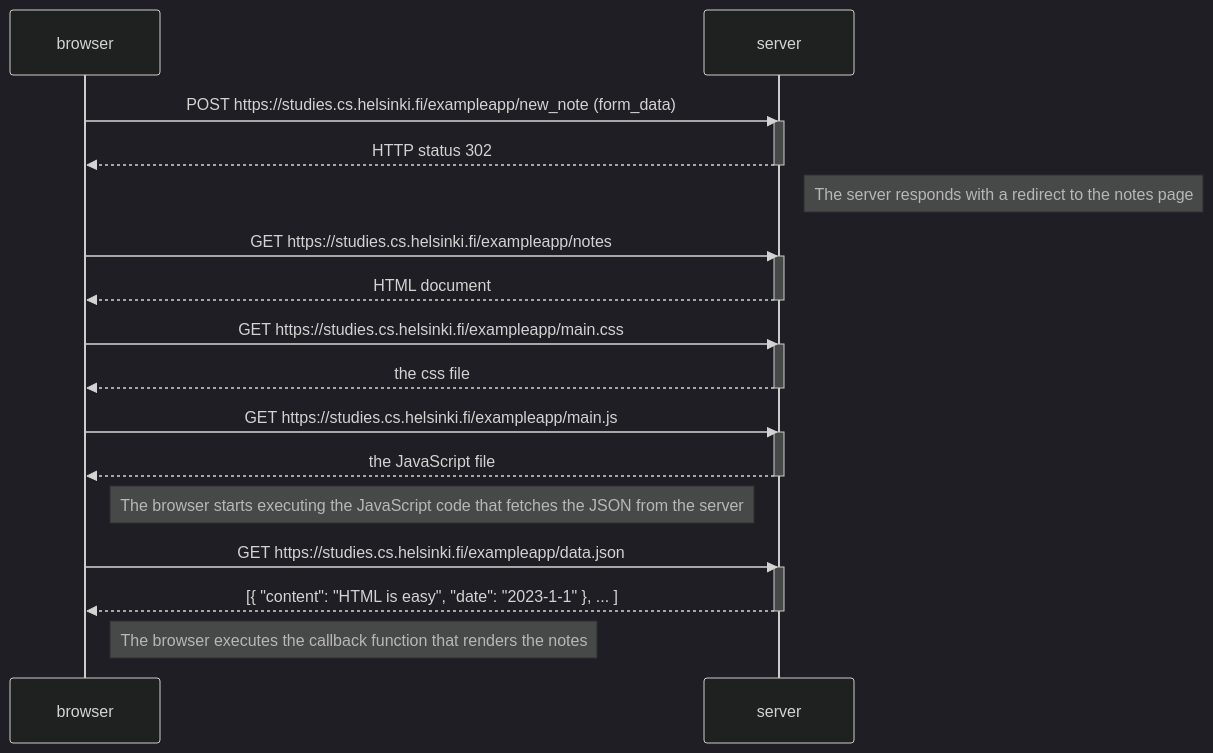
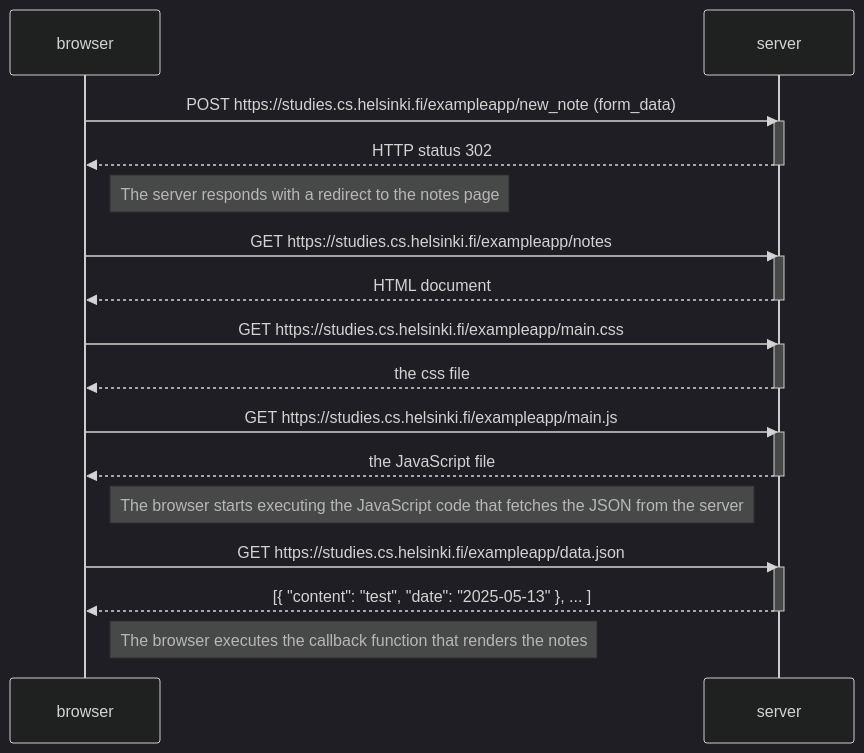
Before and after one commit to bechhray/fullstackopen-course: the diagram in part0/exercise_04.md, drawn with Mermaid (dark theme).

Commit message:
Fix the notes on exercise 0.4

````diff
--- a/part0/exercise_04.md
+++ b/part0/exercise_04.md
@@ -3,36 +3,36 @@
 ```mermaid
 sequenceDiagram
     participant browser
     participant server
 
     browser->>server: POST https://studies.cs.helsinki.fi/exampleapp/new_note (form_data)
     activate server
     server-->>browser: HTTP status 302 
     deactivate server
 
-    Note right of server: The server responds with a redirect to the notes page
+    Note right of browser: The server responds with a redirect to the notes page
 
     browser->>server: GET https://studies.cs.helsinki.fi/exampleapp/notes
     activate server
     server-->>browser: HTML document
     deactivate server
 
     browser->>server: GET https://studies.cs.helsinki.fi/exampleapp/main.css
     activate server
     server-->>browser: the css file
     deactivate server
 
     browser->>server: GET https://studies.cs.helsinki.fi/exampleapp/main.js
     activate server
     server-->>browser: the JavaScript file
     deactivate server
 
     Note right of browser: The browser starts executing the JavaScript code that fetches the JSON from the server
 
     browser->>server: GET https://studies.cs.helsinki.fi/exampleapp/data.json
     activate server
-    server-->>browser: [{ "content": "HTML is easy", "date": "2023-1-1" }, ... ]
+    server-->>browser: [{ "content": "test", "date": "2025-05-13" }, ... ]
     deactivate server
 
     Note right of browser: The browser executes the callback function that renders the notes
 ```
````
